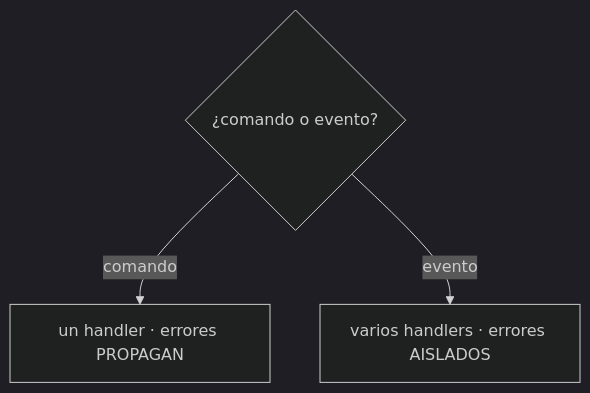
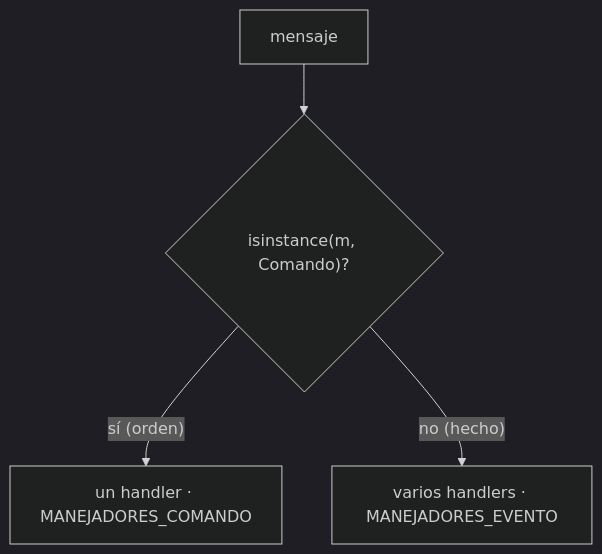
Before and after one commit to BenjaminGhiggo/aprendiendo-ddd-con-python-y-fastapi: the first of 2 diagrams in fase-1/capitulos/10-commands/README.md, drawn with Mermaid (dark theme). The commit also changed other lines of this file and 6 other files, not shown here.

````diff
--- a/fase-1/capitulos/10-commands/README.md
+++ b/fase-1/capitulos/10-commands/README.md
@@ -28,6 +79,6 @@
 ```mermaid
 flowchart TD
-    M{"¿comando o evento?"}
-    M -- "comando" --> C["un handler · errores PROPAGAN"]
-    M -- "evento" --> E["varios handlers · errores AISLADOS"]
+    MSG["mensaje"] --> Q{"isinstance(m, Comando)?"}
+    Q -->|"sí (orden)"| C["un handler · MANEJADORES_COMANDO"]
+    Q -->|"no (hecho)"| E["varios handlers · MANEJADORES_EVENTO"]
 ```
````
